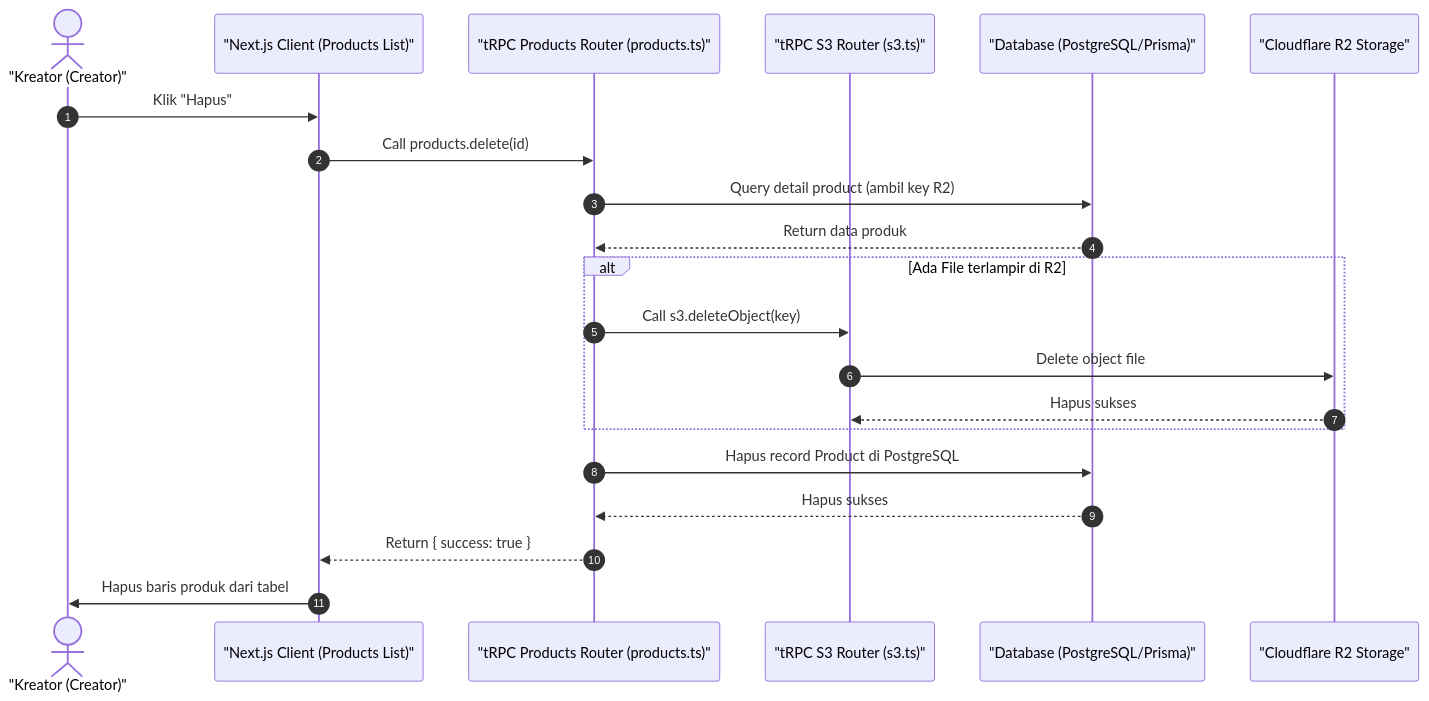
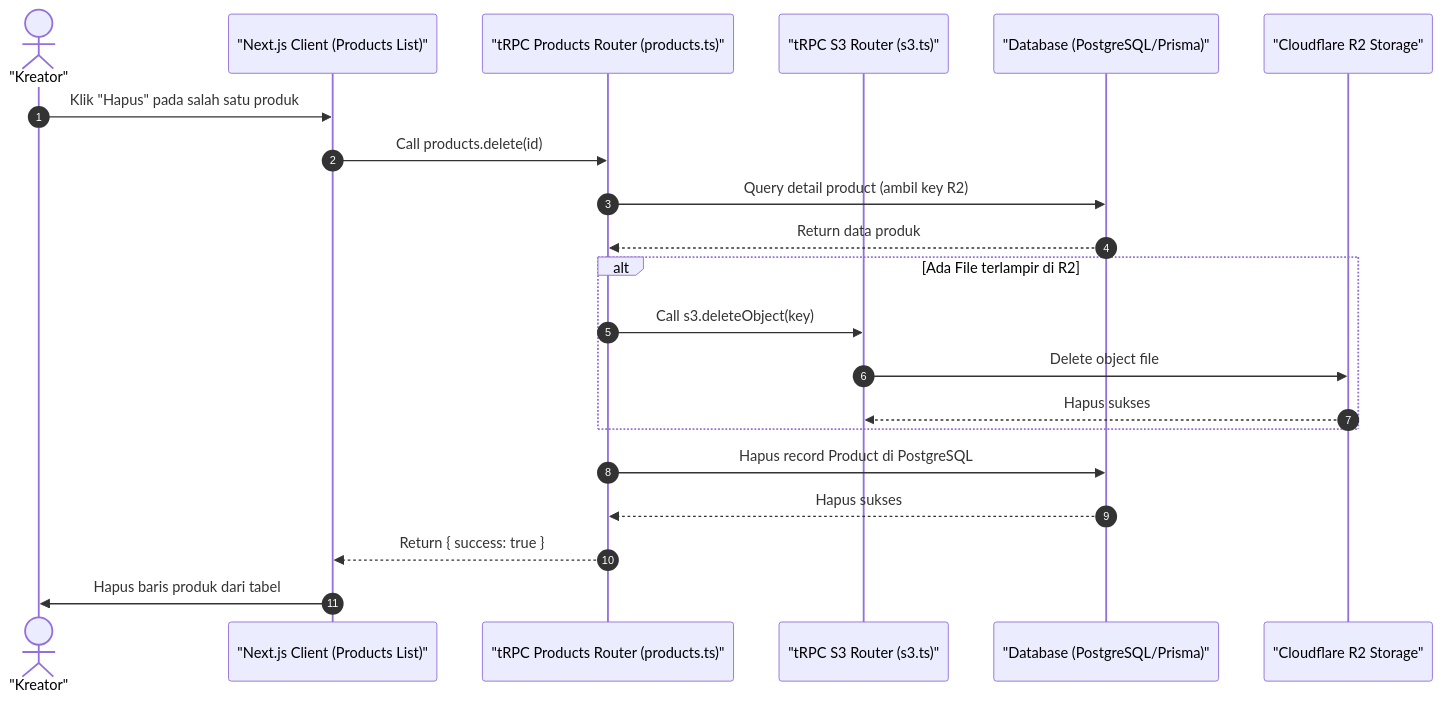
The diagram in docs/20-creator-product-delete.md (luputer/CuanIN), drawn with Mermaid before and after one commit. The commit also changed 53 other files, not shown here.

````diff
--- a/docs/20-creator-product-delete.md
+++ b/docs/20-creator-product-delete.md
@@ -5,25 +5,25 @@
 ```mermaid
 sequenceDiagram
     autonumber
-    actor Creator as "Kreator (Creator)"
+    actor Creator as "Kreator"
     participant Client as "Next.js Client (Products List)"
     participant ProdRouter as "tRPC Products Router (products.ts)"
     participant S3Router as "tRPC S3 Router (s3.ts)"
     participant DB as "Database (PostgreSQL/Prisma)"
     participant R2 as "Cloudflare R2 Storage"
 
-    Creator->>Client: Klik "Hapus"
+    Creator->>Client: Klik "Hapus" pada salah satu produk
     Client->>ProdRouter: Call products.delete(id)
     ProdRouter->>DB: Query detail product (ambil key R2)
     DB-->>ProdRouter: Return data produk
     alt Ada File terlampir di R2
         ProdRouter->>S3Router: Call s3.deleteObject(key)
         S3Router->>R2: Delete object file
         R2-->>S3Router: Hapus sukses
     end
     ProdRouter->>DB: Hapus record Product di PostgreSQL
     DB-->>ProdRouter: Hapus sukses
     ProdRouter-->>Client: Return { success: true }
     Client->>Creator: Hapus baris produk dari tabel
 
 ```
````
